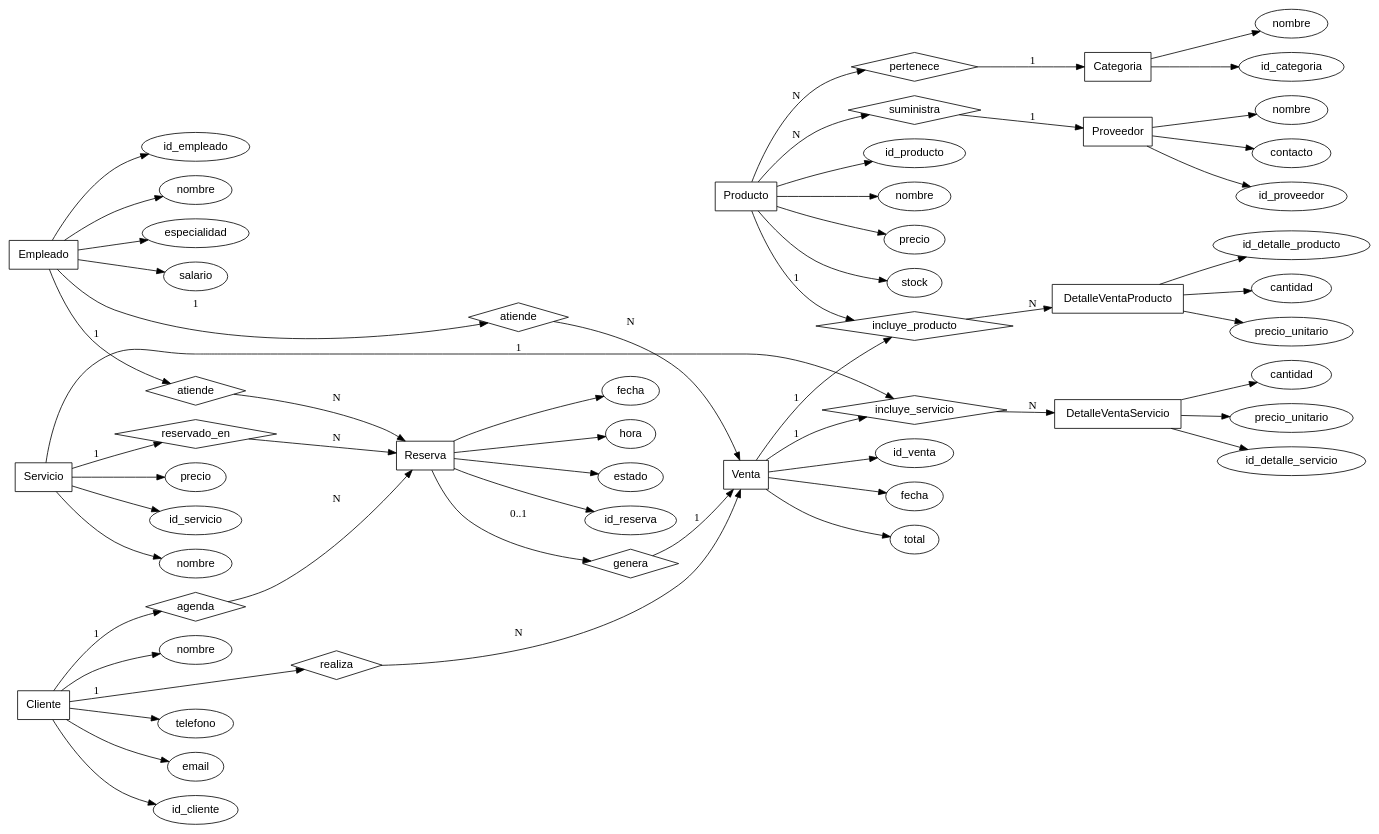
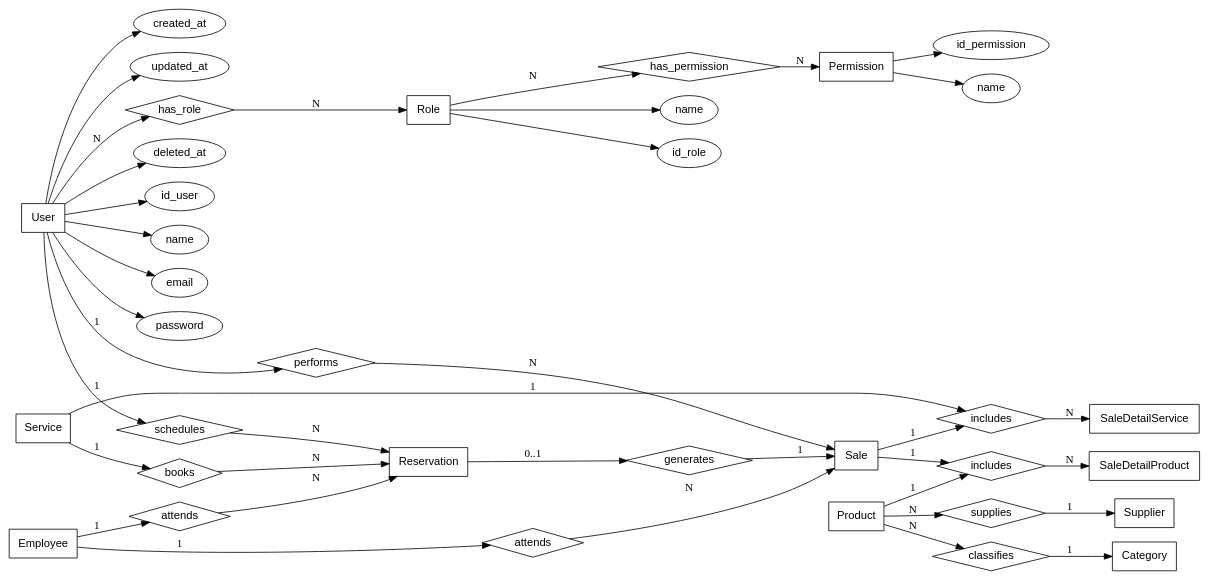
The diagram in DERchen.dot (eldmark/db_barbershop), drawn with Graphviz before and after one commit. The commit also changed 2 other files, not shown here.

Commit message:
Updated roles and user

```diff
--- a/DERchen.dot
+++ b/DERchen.dot
@@ -1,160 +1,105 @@
 digraph BarberiaER {
     rankdir=LR;
     node [fontname="Helvetica"];
 
     // ENTIDADES
-    Cliente [shape=box];
-    Empleado [shape=box];
-    Servicio [shape=box];
-    Producto [shape=box];
-    Categoria [shape=box];
-    Proveedor [shape=box];
-    Venta [shape=box];
-    DetalleVentaProducto [shape=box];
-    DetalleVentaServicio [shape=box];
-    Reserva [shape=box];
+    User [shape=box];
+    Role [shape=box];
+    Permission [shape=box];
+    Employee [shape=box];
+    Category [shape=box];
+    Supplier [shape=box];
+    Service [shape=box];
+    Product [shape=box];
+    Reservation [shape=box];
+    Sale [shape=box];
+    SaleDetailProduct [shape=box];
+    SaleDetailService [shape=box];
 
     // RELACIONES
-    Realiza [shape=diamond, label="realiza"];
-    AtiendeVenta [shape=diamond, label="atiende"];
-    IncluyeProducto [shape=diamond, label="incluye_producto"];
-    IncluyeServicio [shape=diamond, label="incluye_servicio"];
-    Pertenece [shape=diamond, label="pertenece"];
-    Suministra [shape=diamond, label="suministra"];
-    Agenda [shape=diamond, label="agenda"];
-    AtiendeReserva [shape=diamond, label="atiende"];
-    ReservadoEn [shape=diamond, label="reservado_en"];
-    Genera [shape=diamond, label="genera"];
+    HasRole [shape=diamond, label="has_role"];
+    HasPermission [shape=diamond, label="has_permission"];
+    Performs [shape=diamond, label="performs"];
+    Schedules [shape=diamond, label="schedules"];
+    AttendsSale [shape=diamond, label="attends"];
+    AttendsReservation [shape=diamond, label="attends"];
+    IncludesProduct [shape=diamond, label="includes"];
+    IncludesService [shape=diamond, label="includes"];
+    Classifies [shape=diamond, label="classifies"];
+    Supplies [shape=diamond, label="supplies"];
+    Books [shape=diamond, label="books"];
+    Generates [shape=diamond, label="generates"];
 
-    // ATRIBUTOS CLIENTE
-    c_id [shape=ellipse, label="id_cliente"];
-    c_nombre [shape=ellipse, label="nombre"];
-    c_tel [shape=ellipse, label="telefono"];
-    c_email [shape=ellipse, label="email"];
+    // ATRIBUTOS USER
+    u_id [shape=ellipse, label="id_user"];
+    u_name [shape=ellipse, label="name"];
+    u_email [shape=ellipse, label="email"];
+    u_password [shape=ellipse, label="password"];
+    u_created [shape=ellipse, label="created_at"];
+    u_updated [shape=ellipse, label="updated_at"];
+    u_deleted [shape=ellipse, label="deleted_at"];
 
-    Cliente -> c_id;
-    Cliente -> c_nombre;
-    Cliente -> c_tel;
-    Cliente -> c_email;
+    User -> u_id;
+    User -> u_name;
+    User -> u_email;
+    User -> u_password;
+    User -> u_created;
+    User -> u_updated;
+    User -> u_deleted;
 
-    // ATRIBUTOS EMPLEADO
-    e_id [shape=ellipse, label="id_empleado"];
-    e_nombre [shape=ellipse, label="nombre"];
-    e_especialidad [shape=ellipse, label="especialidad"];
-    e_salario [shape=ellipse, label="salario"];
+    // ATRIBUTOS ROLE
+    r_id [shape=ellipse, label="id_role"];
+    r_name [shape=ellipse, label="name"];
 
-    Empleado -> e_id;
-    Empleado -> e_nombre;
-    Empleado -> e_especialidad;
-    Empleado -> e_salario;
+    Role -> r_id;
+    Role -> r_name;
 
-    // ATRIBUTOS SERVICIO
-    s_id [shape=ellipse, label="id_servicio"];
-    s_nombre [shape=ellipse, label="nombre"];
-    s_precio [shape=ellipse, label="precio"];
+    // ATRIBUTOS PERMISSION
+    p_id [shape=ellipse, label="id_permission"];
+    p_name [shape=ellipse, label="name"];
 
-    Servicio -> s_id;
-    Servicio -> s_nombre;
-    Servicio -> s_precio;
+    Permission -> p_id;
+    Permission -> p_name;
 
-    // ATRIBUTOS PRODUCTO
-    p_id [shape=ellipse, label="id_producto"];
-    p_nombre [shape=ellipse, label="nombre"];
-    p_precio [shape=ellipse, label="precio"];
-    p_stock [shape=ellipse, label="stock"];
+    // RELACIONES RBAC
+    User -> HasRole [label="N"];
+    HasRole -> Role [label="N"];
 
-    Producto -> p_id;
-    Producto -> p_nombre;
-    Producto -> p_precio;
-    Producto -> p_stock;
-
-    // ATRIBUTOS CATEGORIA
-    cat_id [shape=ellipse, label="id_categoria"];
-    cat_nombre [shape=ellipse, label="nombre"];
-
-    Categoria -> cat_id;
-    Categoria -> cat_nombre;
-
-    // ATRIBUTOS PROVEEDOR
-    prov_id [shape=ellipse, label="id_proveedor"];
-    prov_nombre [shape=ellipse, label="nombre"];
-    prov_contacto [shape=ellipse, label="contacto"];
-
-    Proveedor -> prov_id;
-    Proveedor -> prov_nombre;
-    Proveedor -> prov_contacto;
-
-    // ATRIBUTOS VENTA
-    v_id [shape=ellipse, label="id_venta"];
-    v_fecha [shape=ellipse, label="fecha"];
-    v_total [shape=ellipse, label="total"];
-
-    Venta -> v_id;
-    Venta -> v_fecha;
-    Venta -> v_total;
-
-    // ATRIBUTOS DETALLE VENTA PRODUCTO
-    dpp_id [shape=ellipse, label="id_detalle_producto"];
-    dpp_cantidad [shape=ellipse, label="cantidad"];
-    dpp_precio [shape=ellipse, label="precio_unitario"];
-
-    DetalleVentaProducto -> dpp_id;
-    DetalleVentaProducto -> dpp_cantidad;
-    DetalleVentaProducto -> dpp_precio;
-
-    // ATRIBUTOS DETALLE VENTA SERVICIO
-    dps_id [shape=ellipse, label="id_detalle_servicio"];
-    dps_cantidad [shape=ellipse, label="cantidad"];
-    dps_precio [shape=ellipse, label="precio_unitario"];
-
-    DetalleVentaServicio -> dps_id;
-    DetalleVentaServicio -> dps_cantidad;
-    DetalleVentaServicio -> dps_precio;
-
-    // ATRIBUTOS RESERVA
-    r_id [shape=ellipse, label="id_reserva"];
-    r_fecha [shape=ellipse, label="fecha"];
-    r_hora [shape=ellipse, label="hora"];
-    r_estado [shape=ellipse, label="estado"];
-
-    Reserva -> r_id;
-    Reserva -> r_fecha;
-    Reserva -> r_hora;
-    Reserva -> r_estado;
+    Role -> HasPermission [label="N"];
+    HasPermission -> Permission [label="N"];
 
     // RELACIONES PRINCIPALES
+    User -> Performs [label="1"];
+    Performs -> Sale [label="N"];
 
-    Cliente -> Realiza [label="1"];
-    Realiza -> Venta [label="N"];
+    User -> Schedules [label="1"];
+    Schedules -> Reservation [label="N"];
 
-    Empleado -> AtiendeVenta [label="1"];
-    AtiendeVenta -> Venta [label="N"];
+    Employee -> AttendsSale [label="1"];
+    AttendsSale -> Sale [label="N"];
 
-    Venta -> IncluyeProducto [label="1"];
-    IncluyeProducto -> DetalleVentaProducto [label="N"];
+    Employee -> AttendsReservation [label="1"];
+    AttendsReservation -> Reservation [label="N"];
 
-    Producto -> IncluyeProducto [label="1"];
+    Product -> Classifies [label="N"];
+    Classifies -> Category [label="1"];
 
-    Venta -> IncluyeServicio [label="1"];
-    IncluyeServicio -> DetalleVentaServicio [label="N"];
+    Product -> Supplies [label="N"];
+    Supplies -> Supplier [label="1"];
 
-    Servicio -> IncluyeServicio [label="1"];
+    Sale -> IncludesProduct [label="1"];
+    IncludesProduct -> SaleDetailProduct [label="N"];
 
-    Producto -> Pertenece [label="N"];
-    Pertenece -> Categoria [label="1"];
+    Product -> IncludesProduct [label="1"];
 
-    Producto -> Suministra [label="N"];
-    Suministra -> Proveedor [label="1"];
+    Sale -> IncludesService [label="1"];
+    IncludesService -> SaleDetailService [label="N"];
 
-    Cliente -> Agenda [label="1"];
-    Agenda -> Reserva [label="N"];
+    Service -> IncludesService [label="1"];
 
-    Empleado -> AtiendeReserva [label="1"];
-    AtiendeReserva -> Reserva [label="N"];
+    Service -> Books [label="1"];
+    Books -> Reservation [label="N"];
 
-    Servicio -> ReservadoEn [label="1"];
-    ReservadoEn -> Reserva [label="N"];
-
-    Reserva -> Genera [label="0..1"];
-    Genera -> Venta [label="1"];
+    Reservation -> Generates [label="0..1"];
+    Generates -> Sale [label="1"];
 }
```
